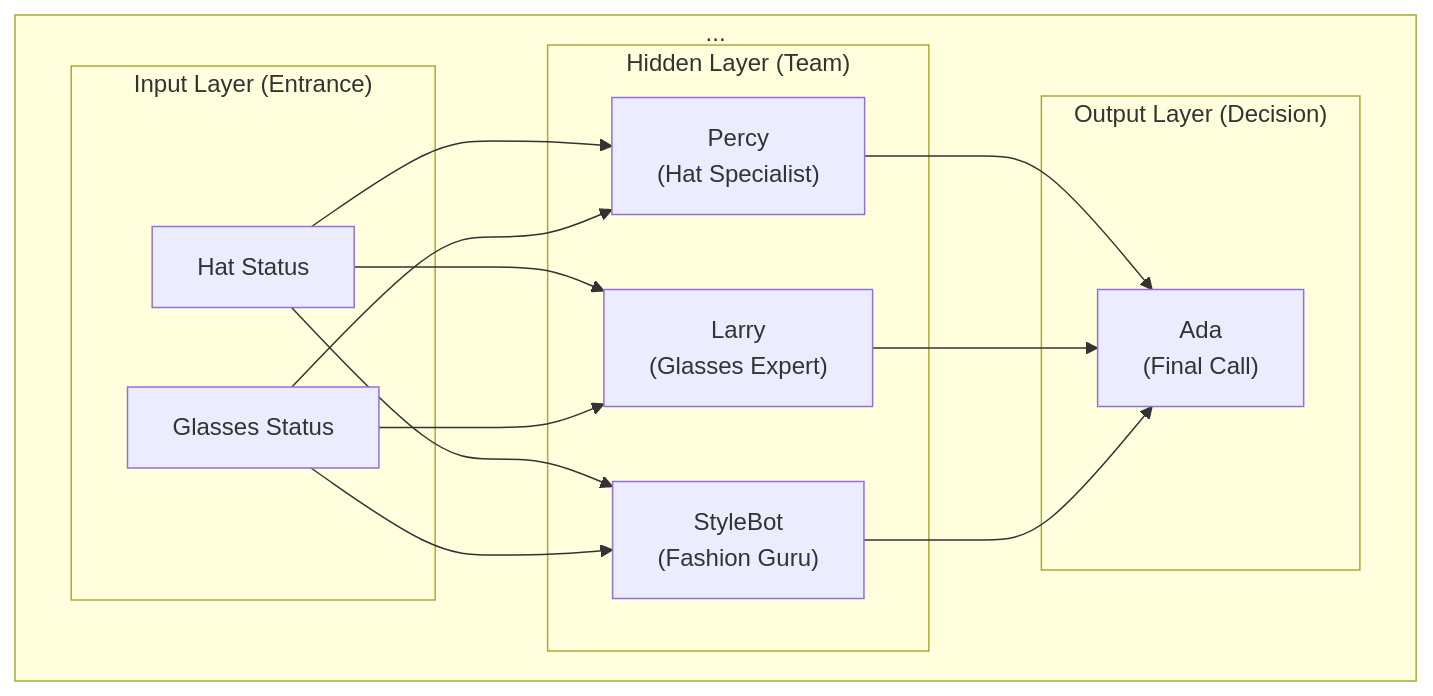
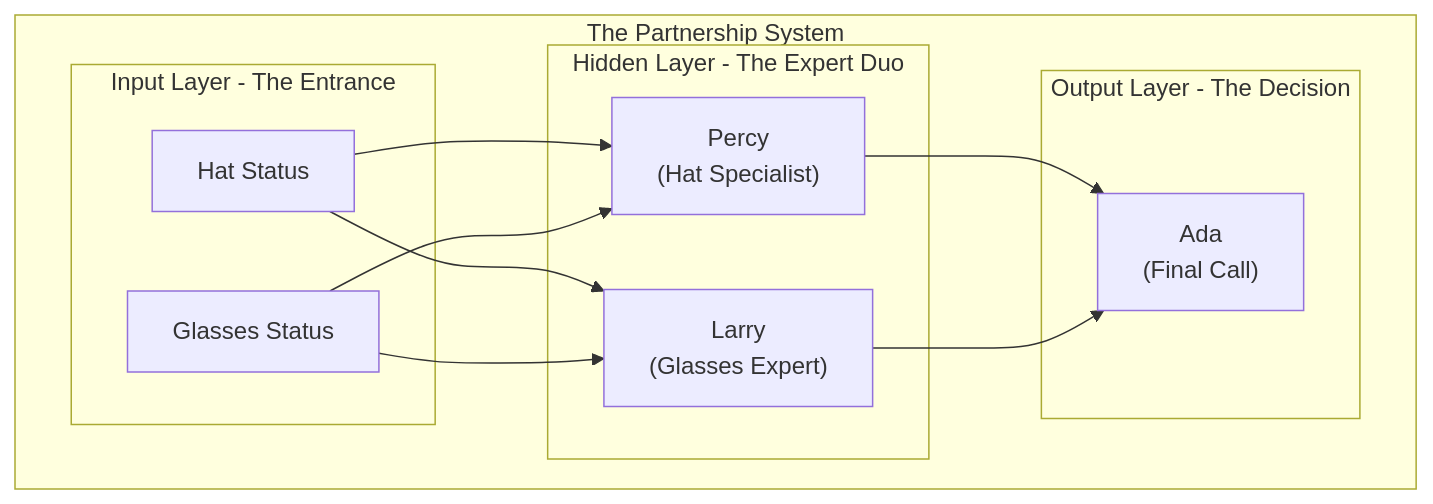
The second of 3 diagrams in README.md (leonvanbokhorst/neural-net-backpropagation), drawn with Mermaid before and after one commit. The commit also changed other lines of this file and 1 other file, not shown here.

Commit message:
Refine neural_network.py and README.md: Updated Percy's adventure to highlight the power of partnership, replacing team references with duo dynamics. Added humor and clarity to the narrative, ensuring our Padawans grasp the magic of collaboration in The XOR Club! 🤖✨

````diff
--- a/README.md
+++ b/README.md
@@ -70,23 +70,22 @@
 ```mermaid
 graph TD
-    subgraph "..."
-        subgraph "Input Layer (Entrance)"
+    subgraph "The Partnership System"
+        subgraph "Input Layer - The Entrance"
             I1["Hat Status"]
             I2["Glasses Status"]
         end
 
-        subgraph "Hidden Layer (Team)"
+        subgraph "Hidden Layer - The Expert Duo"
             H1["Percy<br/>(Hat Specialist)"]
             H2["Larry<br/>(Glasses Expert)"]
-            H3["StyleBot<br/>(Fashion Guru)"]
         end
 
-        subgraph "Output Layer (Decision)"
+        subgraph "Output Layer - The Decision"
             O1["Ada<br/>(Final Call)"]
         end
 
-        I1 --> H1; I1 --> H2; I1 --> H3
-        I2 --> H1; I2 --> H2; I2 --> H3
-        H1 --> O1; H2 --> O1; H3 --> O1
+        I1 --> H1; I1 --> H2
+        I2 --> H1; I2 --> H2
+        H1 --> O1; H2 --> O1
     end
 ```
````
